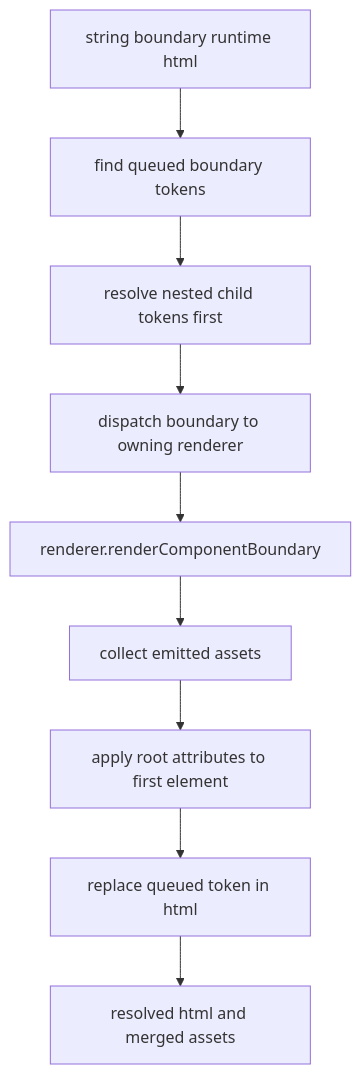
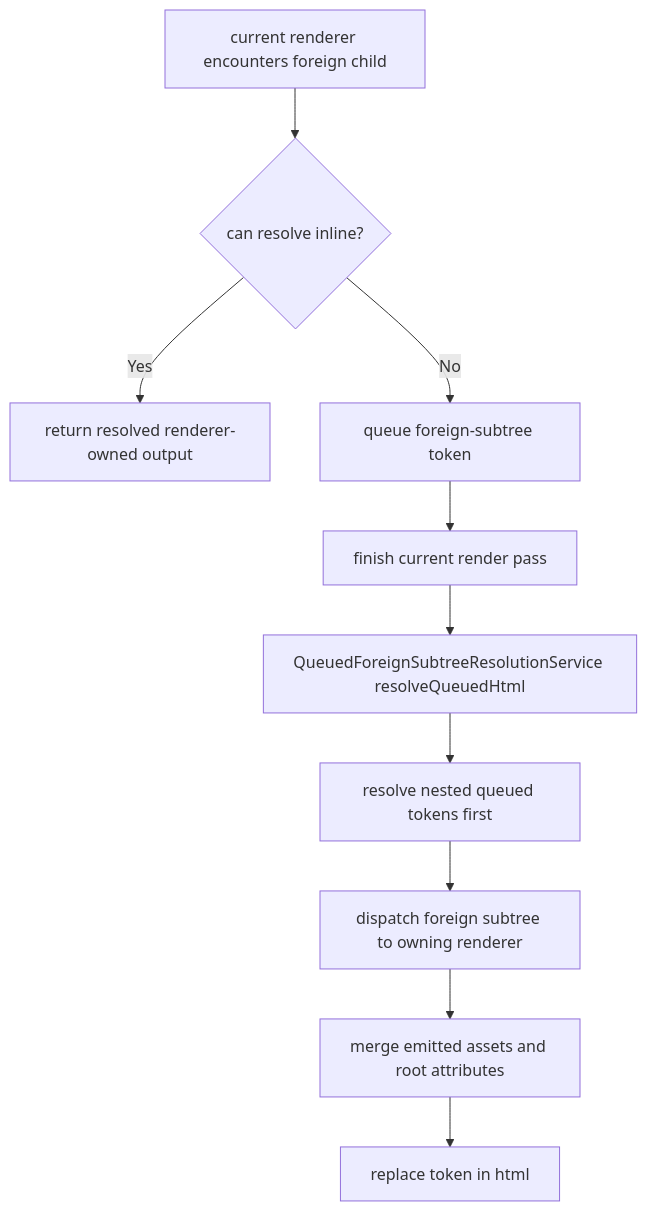
Before and after one commit to ecopages/ecopages: the fourth of 5 diagrams in packages/core/src/route-renderer/GRAPH.md, drawn with Mermaid. The commit also changed other lines of this file and 12 other files, not shown here.

````diff
--- a/packages/core/src/route-renderer/GRAPH.md
+++ b/packages/core/src/route-renderer/GRAPH.md
@@ -256,11 +88,12 @@
 ```mermaid
 flowchart TD
-  A[string boundary runtime html] --> B[find queued boundary tokens]
-  B --> C[resolve nested child tokens first]
-  C --> D[dispatch boundary to owning renderer]
-  D --> E[renderer.renderComponentBoundary]
-  E --> F[collect emitted assets]
-  F --> G[apply root attributes to first element]
-  G --> H[replace queued token in html]
-  H --> I[resolved html and merged assets]
+  A[current renderer encounters foreign child] --> B{can resolve inline?}
+  B -- Yes --> C[return resolved renderer-owned output]
+  B -- No --> D[queue foreign-subtree token]
+  D --> E[finish current render pass]
+  E --> F[QueuedForeignSubtreeResolutionService resolveQueuedHtml]
+  F --> G[resolve nested queued tokens first]
+  G --> H[dispatch foreign subtree to owning renderer]
+  H --> I[merge emitted assets and root attributes]
+  I --> J[replace token in html]
 ```
````
